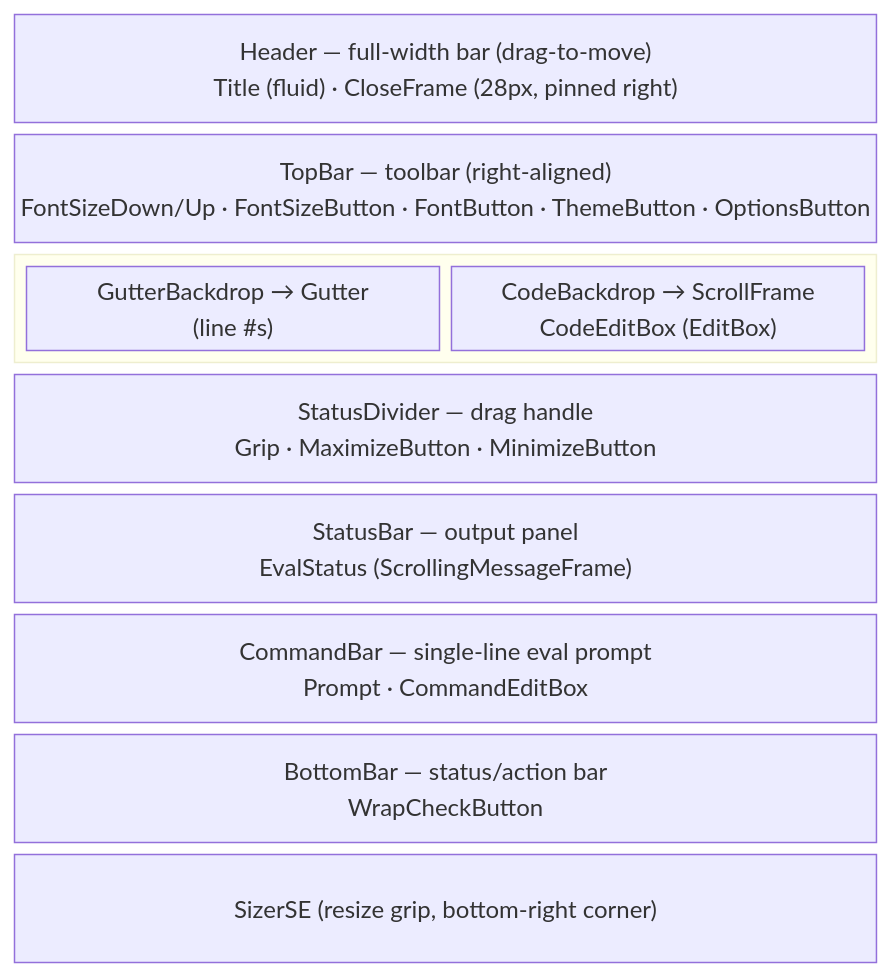
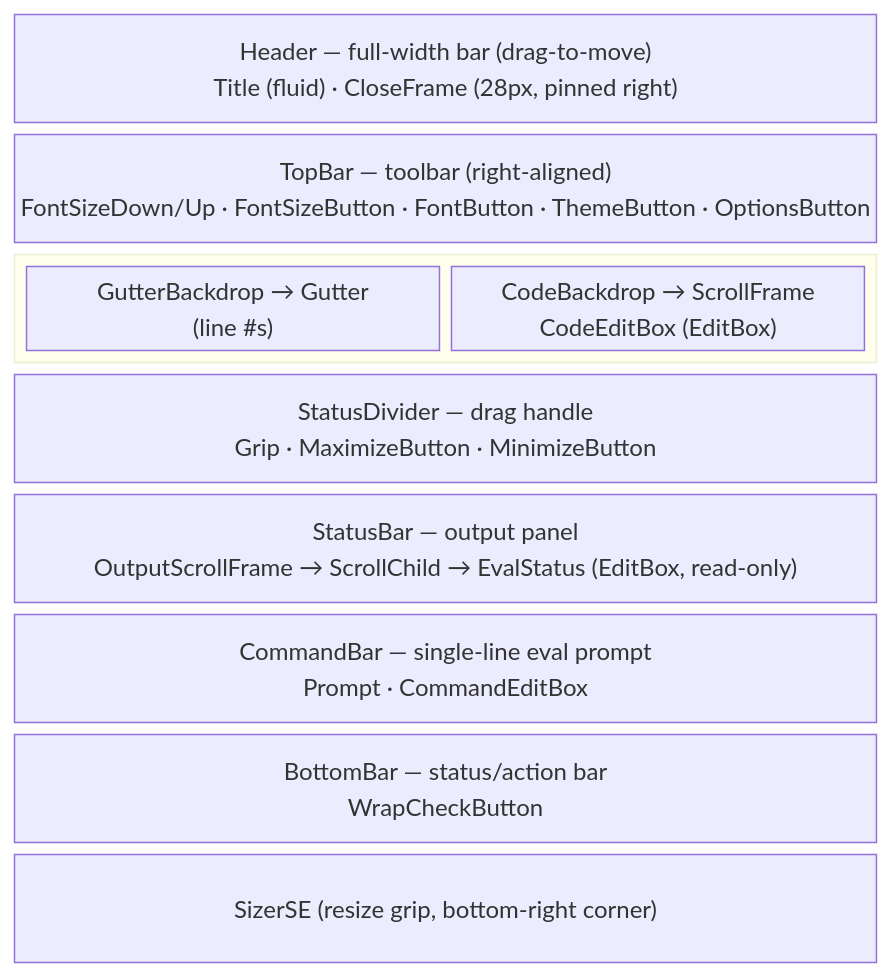
The diagram in LuaDevKit-CodeEditor/README_CodeEditor.md (kapresoft/wow-addon-LuaDevKit), drawn with Mermaid before and after one commit. The commit also changed other lines of this file and 2 other files, not shown here.

First line of the commit message:
Make the eval output panel's text selectable

````diff
--- a/LuaDevKit-CodeEditor/README_CodeEditor.md
+++ b/LuaDevKit-CodeEditor/README_CodeEditor.md
@@ -30,15 +30,15 @@
 ```mermaid
 block-beta
 columns 1
   Header["Header — full-width bar (drag-to-move)\nTitle (fluid) · CloseFrame (28px, pinned right)"]
   TopBar["TopBar — toolbar (right-aligned)\nFontSizeDown/Up · FontSizeButton · FontButton · ThemeButton · OptionsButton"]
   block:body
     Gutter["GutterBackdrop → Gutter\n(line #s)"]
     Code["CodeBackdrop → ScrollFrame\nCodeEditBox (EditBox)"]
   end
   Divider["StatusDivider — drag handle\nGrip · MaximizeButton · MinimizeButton"]
-  Status["StatusBar — output panel\nEvalStatus (ScrollingMessageFrame)"]
+  Status["StatusBar — output panel\nOutputScrollFrame → ScrollChild → EvalStatus (EditBox, read-only)"]
   Command["CommandBar — single-line eval prompt\nPrompt · CommandEditBox"]
   BottomBar["BottomBar — status/action bar\nWrapCheckButton"]
   Sizer["SizerSE (resize grip, bottom-right corner)"]
 ```
````
